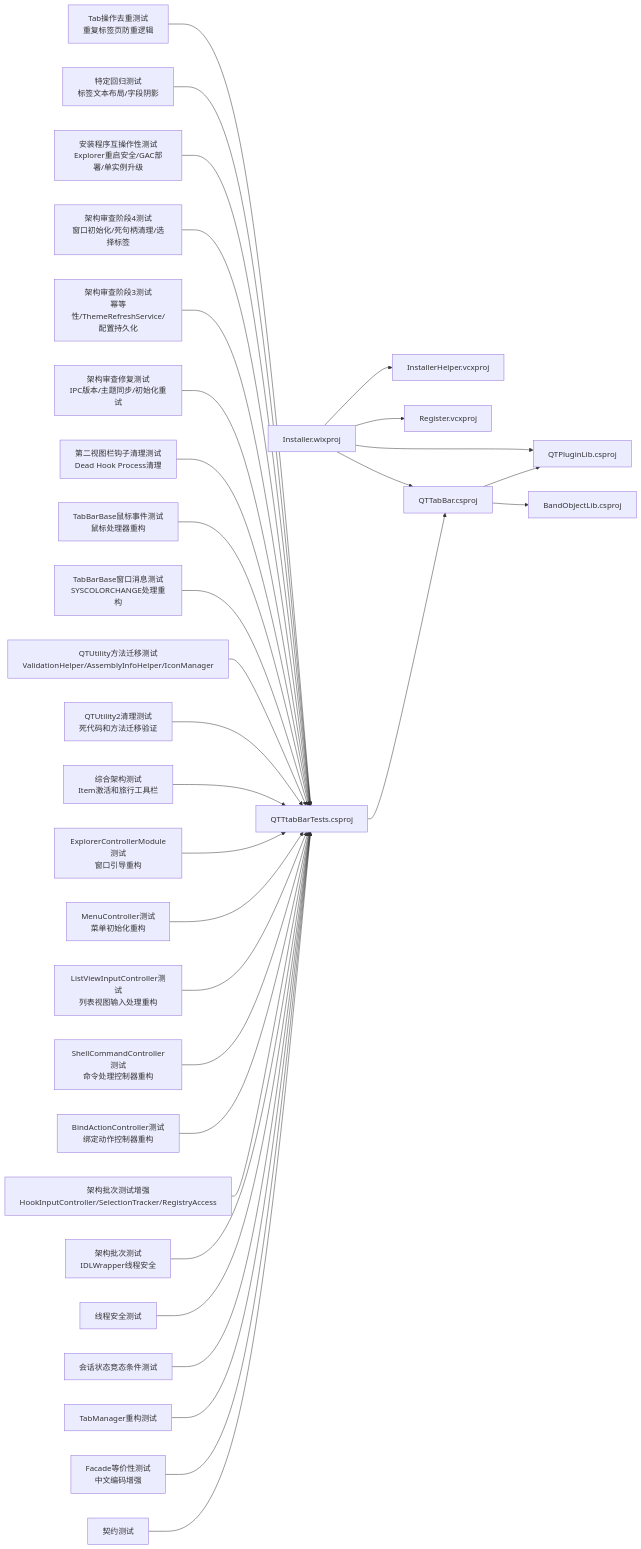
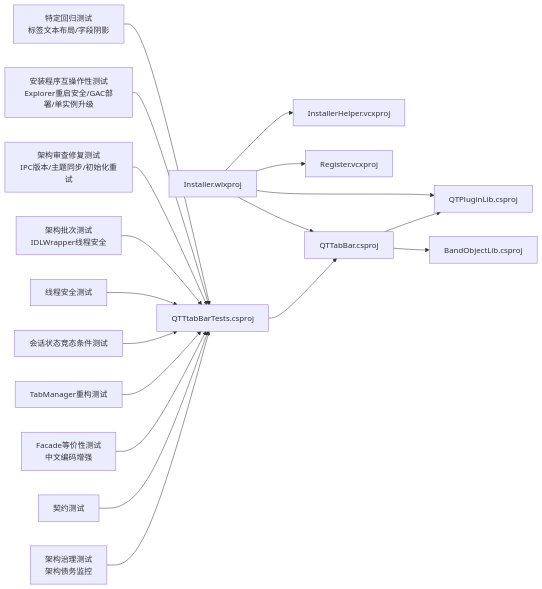
Before and after one commit to rainiva/QTTabBar-Next: the seventh of 56 diagrams in .qoder/repowiki/zh/content/开发者指南.md, drawn with Mermaid. The commit also changed other lines of this file and 415 other files, not shown here.

````diff
--- a/.qoder/repowiki/zh/content/开发者指南.md
+++ b/.qoder/repowiki/zh/content/开发者指南.md
@@ -733,34 +366,20 @@
 ```mermaid
 graph LR
 QTB["QTTabBar.csproj"] --> BOD["BandObjectLib.csproj"]
 QTB --> QPL["QTPluginLib.csproj"]
 WIX["Installer.wixproj"] --> QTB
 WIX --> QPL
 WIX --> REG["Register.vcxproj"]
 WIX --> IH["InstallerHelper.vcxproj"]
 TST["QTTtabBarTests.csproj"] --> QTB
+ARCHGOV["架构治理测试<br/>架构债务监控"] --> TST
 CT["契约测试"] --> TST
 FET["Facade等价性测试<br/>中文编码增强"] --> TST
 TM["TabManager重构测试"] --> TST
 TSR["会话状态竞态条件测试"] --> TST
 TS["线程安全测试"] --> TST
 ARCH["架构批次测试<br/>IDLWrapper线程安全"] --> TST
-ARCH3["架构批次测试增强<br/>HookInputController/SelectionTracker/RegistryAccess"] --> TST
-ARCH3C6G["BindActionController测试<br/>绑定动作控制器重构"] --> TST
-ARCH3C6H["ShellCommandController测试<br/>命令处理控制器重构"] --> TST
-ARCH3C6I["ListViewInputController测试<br/>列表视图输入处理重构"] --> TST
-ARCH3C6J["MenuController测试<br/>菜单初始化重构"] --> TST
-ARCH3C6K["ExplorerControllerModule测试<br/>窗口引导重构"] --> TST
-ARCH3C6L["综合架构测试<br/>Item激活和旅行工具栏"] --> TST
-ARCH3C7I["QTUtility2清理测试<br/>死代码和方法迁移验证"] --> TST
-ARCH3C7J["QTUtility方法迁移测试<br/>ValidationHelper/AssemblyInfoHelper/IconManager"] --> TST
-ARCH3W3G["TabBarBase窗口消息测试<br/>SYSCOLORCHANGE处理重构"] --> TST
-ARCH3W3H["TabBarBase鼠标事件测试<br/>鼠标处理器重构"] --> TST
-ARCH3W3J["第二视图栏钩子清理测试<br/>Dead Hook Process清理"] --> TST
 ARCHREM["架构审查修复测试<br/>IPC版本/主题同步/初始化重试"] --> TST
-ARPHASE3["架构审查阶段3测试<br/>幂等性/ThemeRefreshService/配置持久化"] --> TST
-ARPHASE4["架构审查阶段4测试<br/>窗口初始化/死句柄清理/选择标签"] --> TST
 INST["安装程序互操作性测试<br/>Explorer重启安全/GAC部署/单实例升级"] --> TST
 REGTEST["特定回归测试<br/>标签文本布局/字段阴影"] --> TST
-TABDEDUP["Tab操作去重测试<br/>重复标签页防重逻辑"] --> TST
 ```
````
